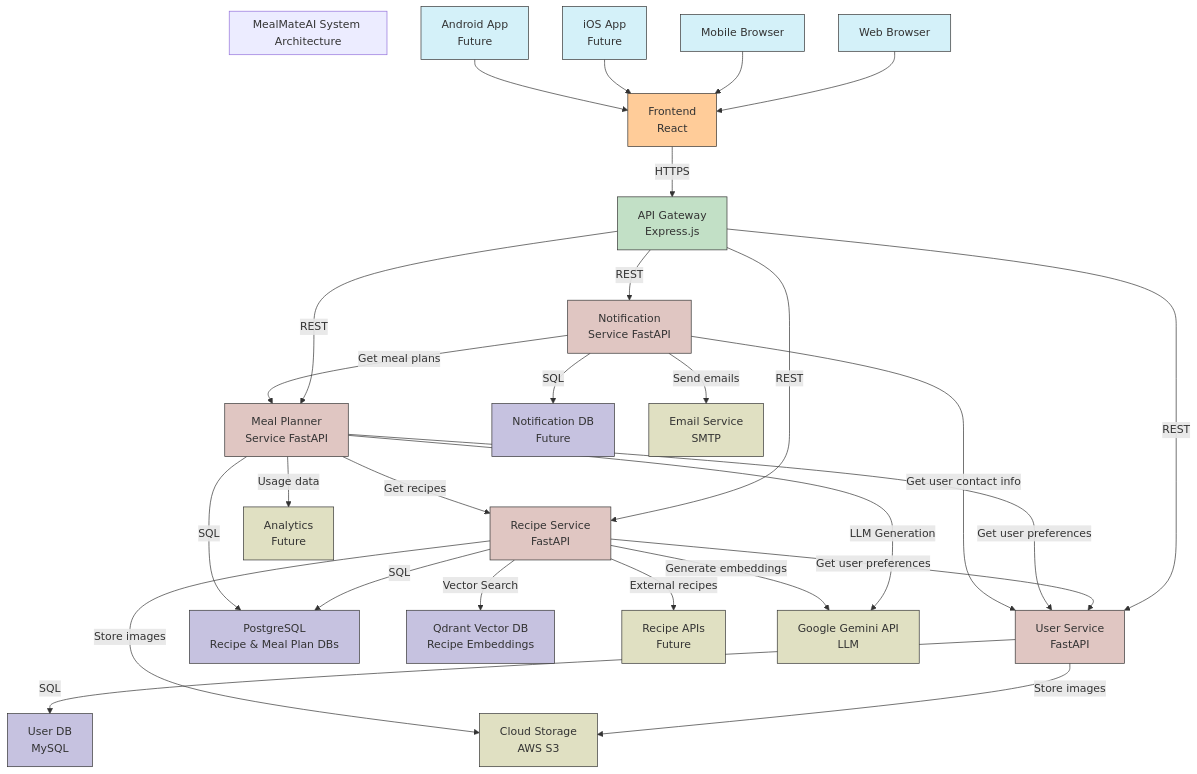
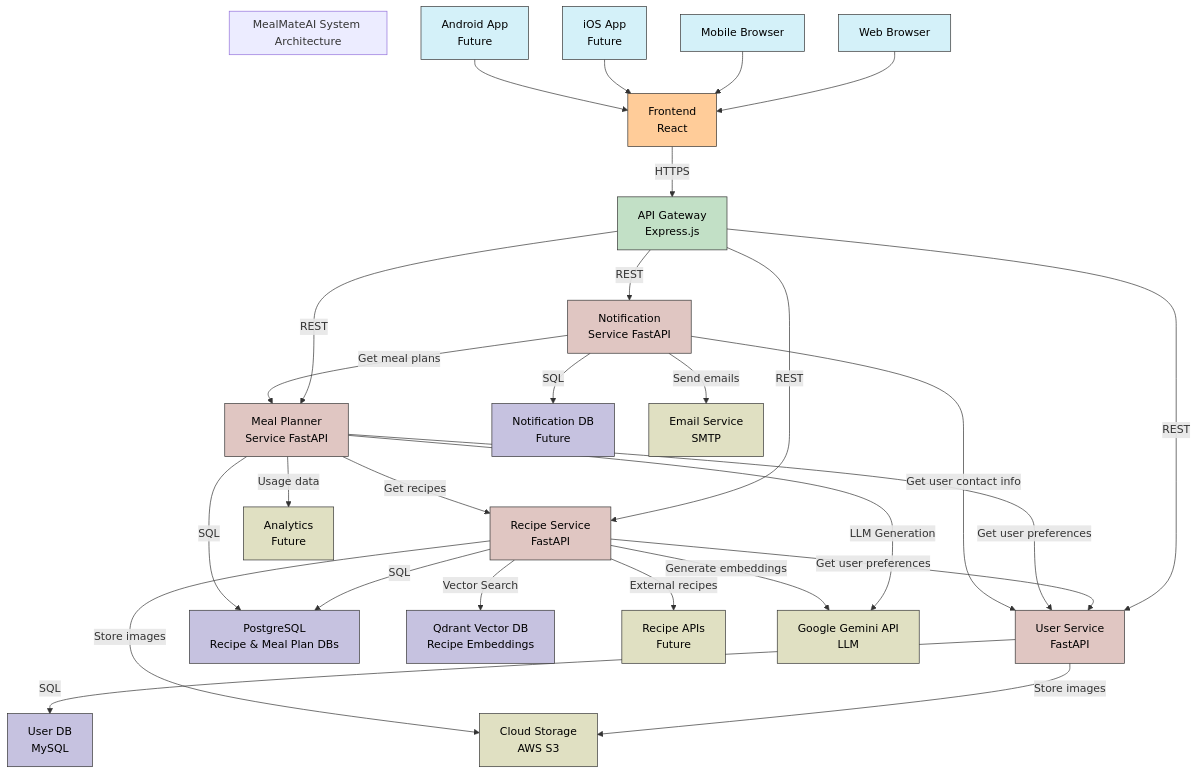
Before and after one commit to benes0508/MealMateAI: the first of 6 diagrams in docs/architecture-diagram.md, drawn with Mermaid.

````diff
--- a/docs/architecture-diagram.md
+++ b/docs/architecture-diagram.md
@@ -12,12 +12,12 @@
 ```mermaid
 graph TD
-    %% Define styles
-    classDef client fill:#d4f1f9,stroke:#333,stroke-width:1px
-    classDef frontend fill:#ffcc99,stroke:#333,stroke-width:1px
-    classDef gateway fill:#c2e0c6,stroke:#333,stroke-width:1px
-    classDef service fill:#e0c6c2,stroke:#333,stroke-width:1px
-    classDef database fill:#c6c2e0,stroke:#333,stroke-width:1px
-    classDef external fill:#e0e0c2,stroke:#333,stroke-width:1px
+    %% Define styles with better text contrast
+    classDef client fill:#d4f1f9,stroke:#333,stroke-width:1px,color:#000
+    classDef frontend fill:#ffcc99,stroke:#333,stroke-width:1px,color:#000
+    classDef gateway fill:#c2e0c6,stroke:#333,stroke-width:1px,color:#000
+    classDef service fill:#e0c6c2,stroke:#333,stroke-width:1px,color:#000
+    classDef database fill:#c6c2e0,stroke:#333,stroke-width:1px,color:#000
+    classDef external fill:#e0e0c2,stroke:#333,stroke-width:1px,color:#000
 
     %% Client Layer
     WebBrowser[Web Browser]:::client
````
